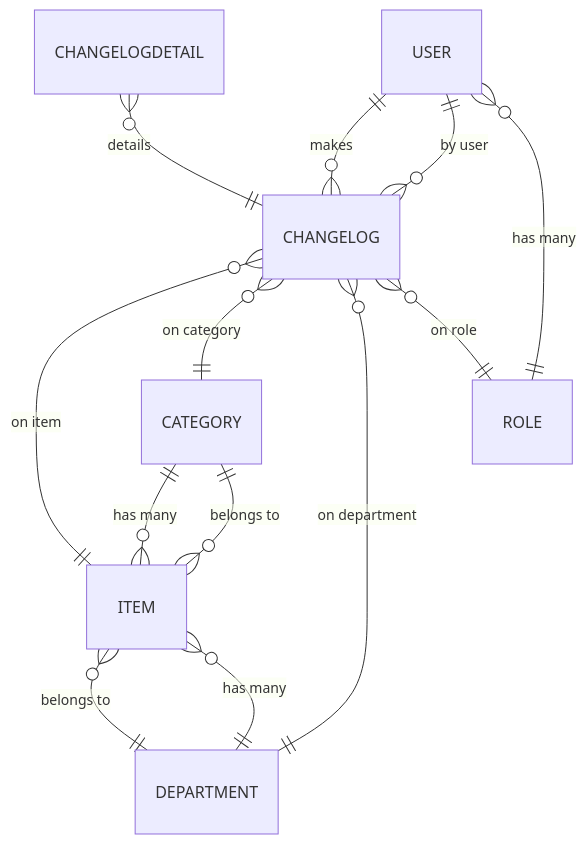
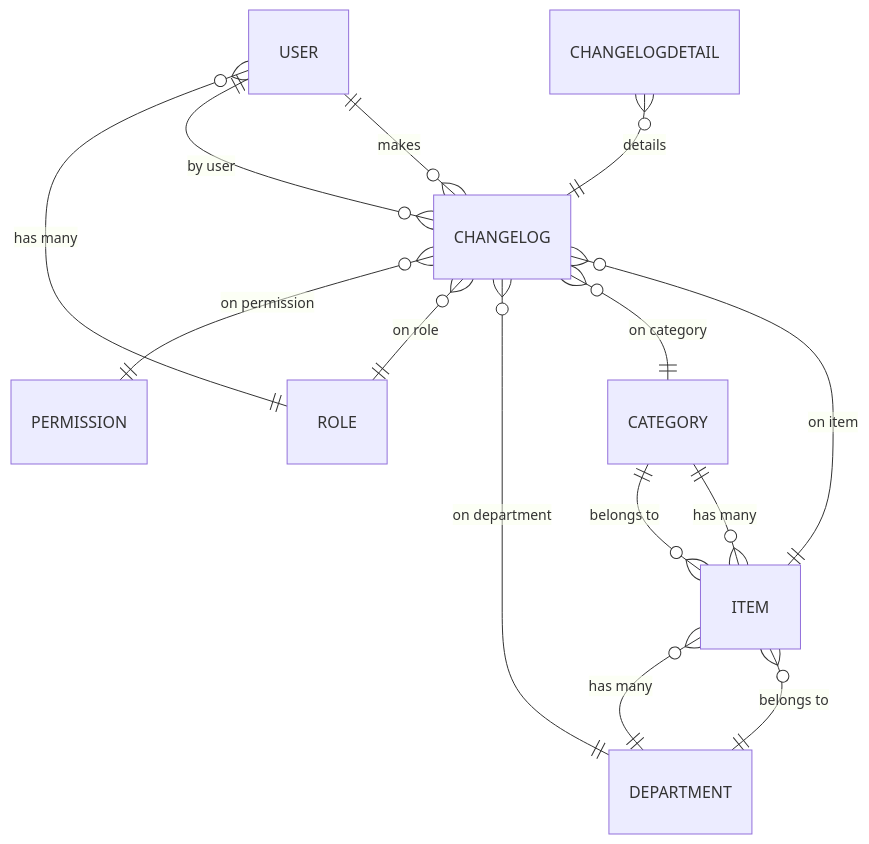
Before and after one commit to GGabrielDev/inventory-manager: the diagram in backend/README.md, drawn with Mermaid. The commit also changed other lines of this file, not shown here.

````diff
--- a/backend/README.md
+++ b/backend/README.md
@@ -85,15 +109,16 @@
 ```mermaid
 erDiagram
   CATEGORY ||--o{ ITEM : "has many"
   DEPARTMENT ||--o{ ITEM : "has many"
   ITEM }o--|| CATEGORY : "belongs to"
   ITEM }o--|| DEPARTMENT : "belongs to"
   USER ||--o{ CHANGELOG : "makes"
   CHANGELOG }o--|| USER : "by user"
   CHANGELOG }o--|| ITEM : "on item"
   CHANGELOG }o--|| CATEGORY : "on category"
   CHANGELOG }o--|| DEPARTMENT : "on department"
   CHANGELOG }o--|| ROLE : "on role"
+  CHANGELOG }o--|| PERMISSION : "on permission"
   ROLE ||--o{ USER : "has many"
   CHANGELOGDETAIL }o--|| CHANGELOG : "details"
 ```
````
